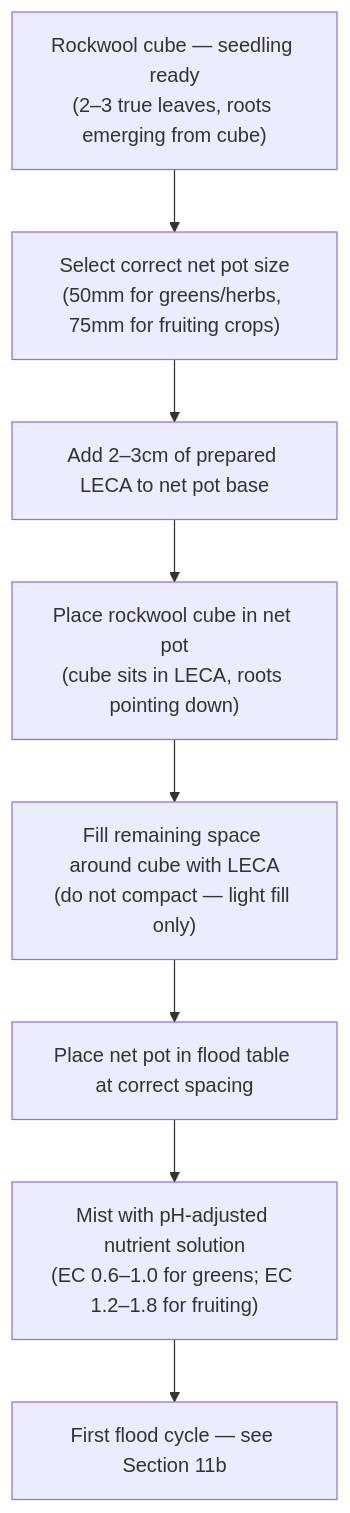
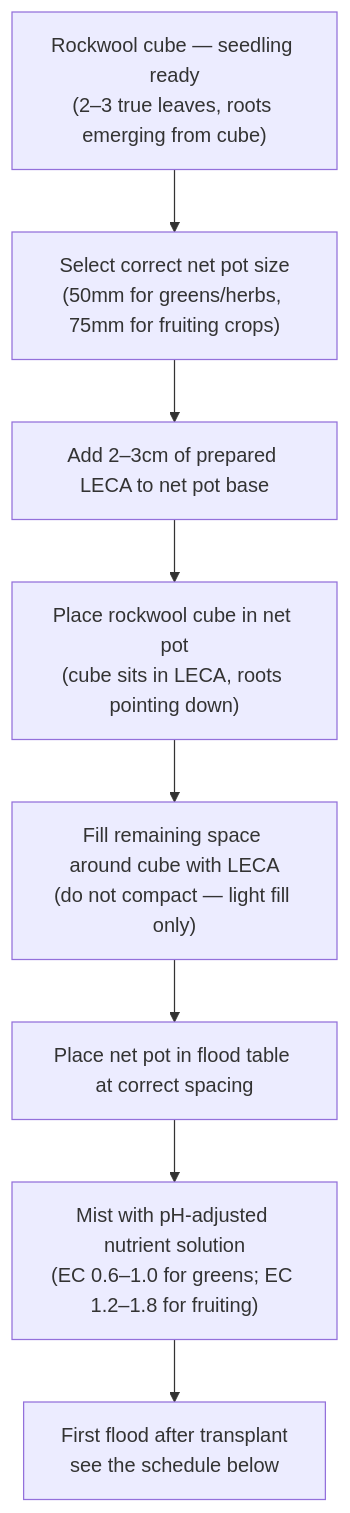
One commit to UncleJS/guide_hydroponics changed the second of 2 diagrams in guide/ebb-and-flow/05-growing-media.md. Above: the diagram before and after it, drawn with Mermaid. The commit also changed other lines of this file and 35 other files, not shown here.

````diff
--- a/guide/ebb-and-flow/05-growing-media.md
+++ b/guide/ebb-and-flow/05-growing-media.md
@@ -571,13 +563,13 @@
 ```mermaid
 flowchart TD
     A["Rockwool cube — seedling ready<br/>(2–3 true leaves, roots emerging from cube)"]
     B["Select correct net pot size<br/>(50mm for greens/herbs, 75mm for fruiting crops)"]
     C["Add 2–3cm of prepared LECA to net pot base"]
     D["Place rockwool cube in net pot<br/>(cube sits in LECA, roots pointing down)"]
     E["Fill remaining space around cube with LECA<br/>(do not compact — light fill only)"]
     F["Place net pot in flood table at correct spacing"]
     G["Mist with pH-adjusted nutrient solution<br/>(EC 0.6–1.0 for greens; EC 1.2–1.8 for fruiting)"]
-    H["First flood cycle — see Section 11b"]
+    H["First flood after transplant<br/>see the schedule below"]
 
     A --> B --> C --> D --> E --> F --> G --> H
 ```
````
